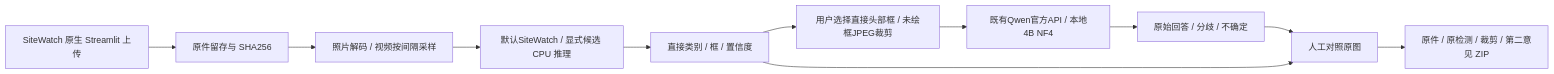
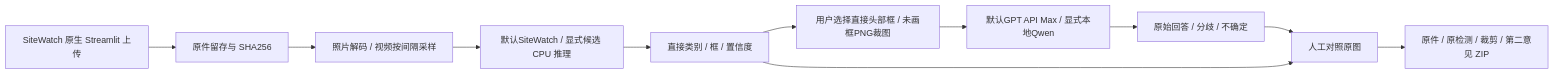
One commit to YuxuanQi123456/sd1-construction-vision changed the first of 3 diagrams in docs/ARCHITECTURE.md. Above: the diagram before and after it, drawn with Mermaid. The commit also changed other lines of this file and 16 other files, not shown here.

````diff
--- a/docs/ARCHITECTURE.md
+++ b/docs/ARCHITECTURE.md
@@ -25,13 +25,13 @@
 ```mermaid
 flowchart LR
   Upload[SiteWatch 原生 Streamlit 上传] --> Original[原件留存与 SHA256]
   Original --> Decode[照片解码 / 视频按间隔采样]
   Decode --> PPE[默认SiteWatch / 显式候选 CPU 推理]
   PPE --> Boxes[直接类别 / 框 / 置信度]
-  Boxes --> Head[用户选择直接头部框 / 未绘框JPEG裁剪]
-  Head --> Qwen[既有Qwen官方API / 本地4B NF4]
-  Qwen --> Opinion[原始回答 / 分歧 / 不确定]
+  Boxes --> Head[用户选择直接头部框 / 未画框PNG裁图]
+  Head --> Backend[默认GPT API Max / 显式本地Qwen]
+  Backend --> Opinion[原始回答 / 分歧 / 不确定]
   Opinion --> Review[人工对照原图]
   Boxes --> Review
   Review --> Export[原件 / 原检测 / 裁剪 / 第二意见 ZIP]
 ```
````
